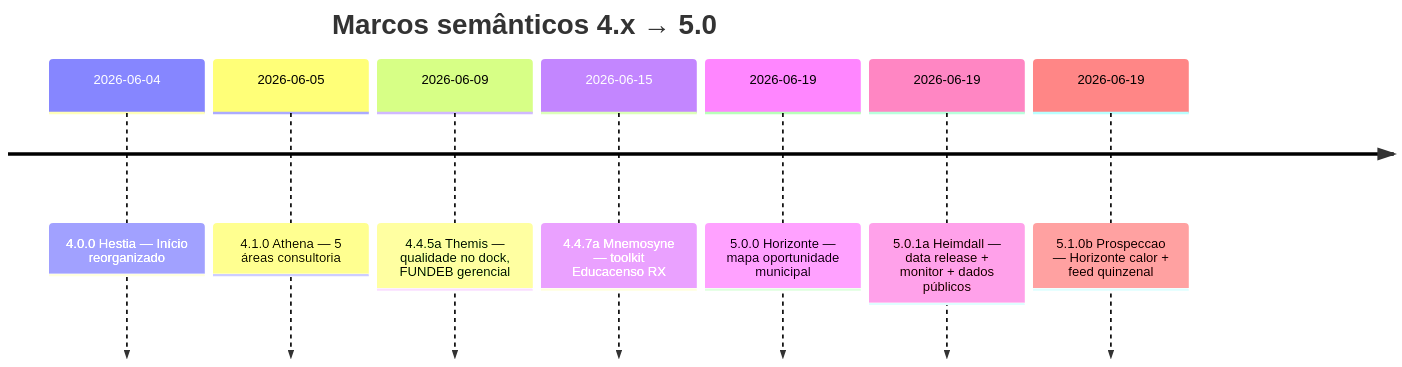
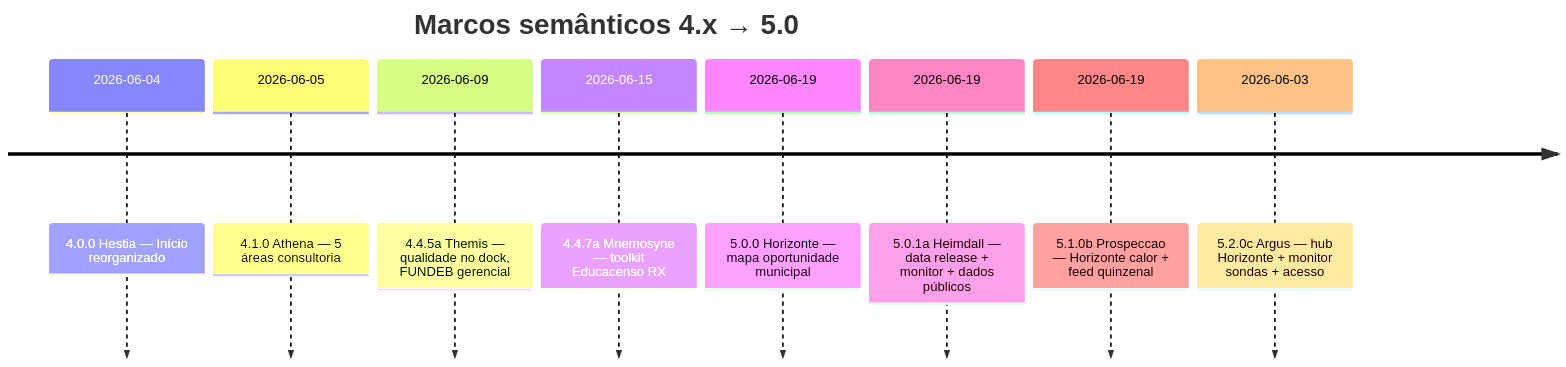
Before and after one commit to JaderGabriel/serventec-servlitcys: the diagram in docs/HISTORICO_VERSOES.md, drawn with Mermaid. The commit also changed other lines of this file and 45 other files, not shown here.

First line of the commit message:
Release 5.2.0 (20260603c-Argus): hub Horizonte, monitor sondas e acesso.

````diff
--- a/docs/HISTORICO_VERSOES.md
+++ b/docs/HISTORICO_VERSOES.md
@@ -20,11 +20,12 @@
 ```mermaid
 timeline
     title Marcos semânticos 4.x → 5.0
     2026-06-04 : 4.0.0 Hestia — Início reorganizado
     2026-06-05 : 4.1.0 Athena — 5 áreas consultoria
     2026-06-09 : 4.4.5a Themis — qualidade no dock, FUNDEB gerencial
     2026-06-15 : 4.4.7a Mnemosyne — toolkit Educacenso RX
     2026-06-19 : 5.0.0 Horizonte — mapa oportunidade municipal
     2026-06-19 : 5.0.1a Heimdall — data release + monitor + dados públicos
     2026-06-19 : 5.1.0b Prospeccao — Horizonte calor + feed quinzenal
+    2026-06-03 : 5.2.0c Argus — hub Horizonte + monitor sondas + acesso
 ```
````
